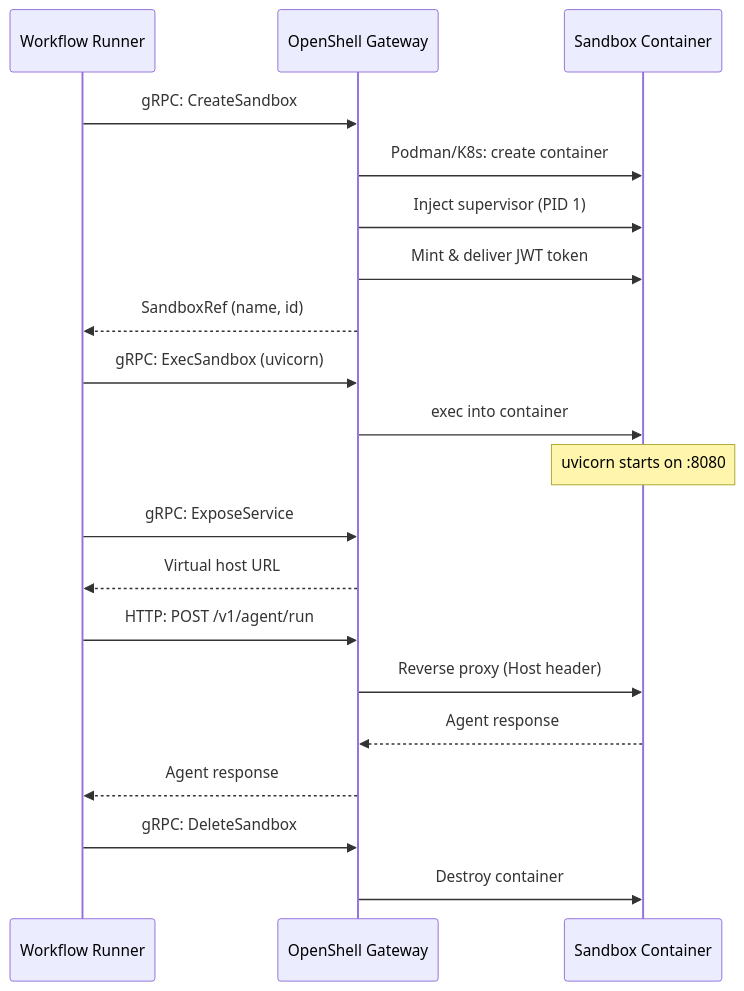
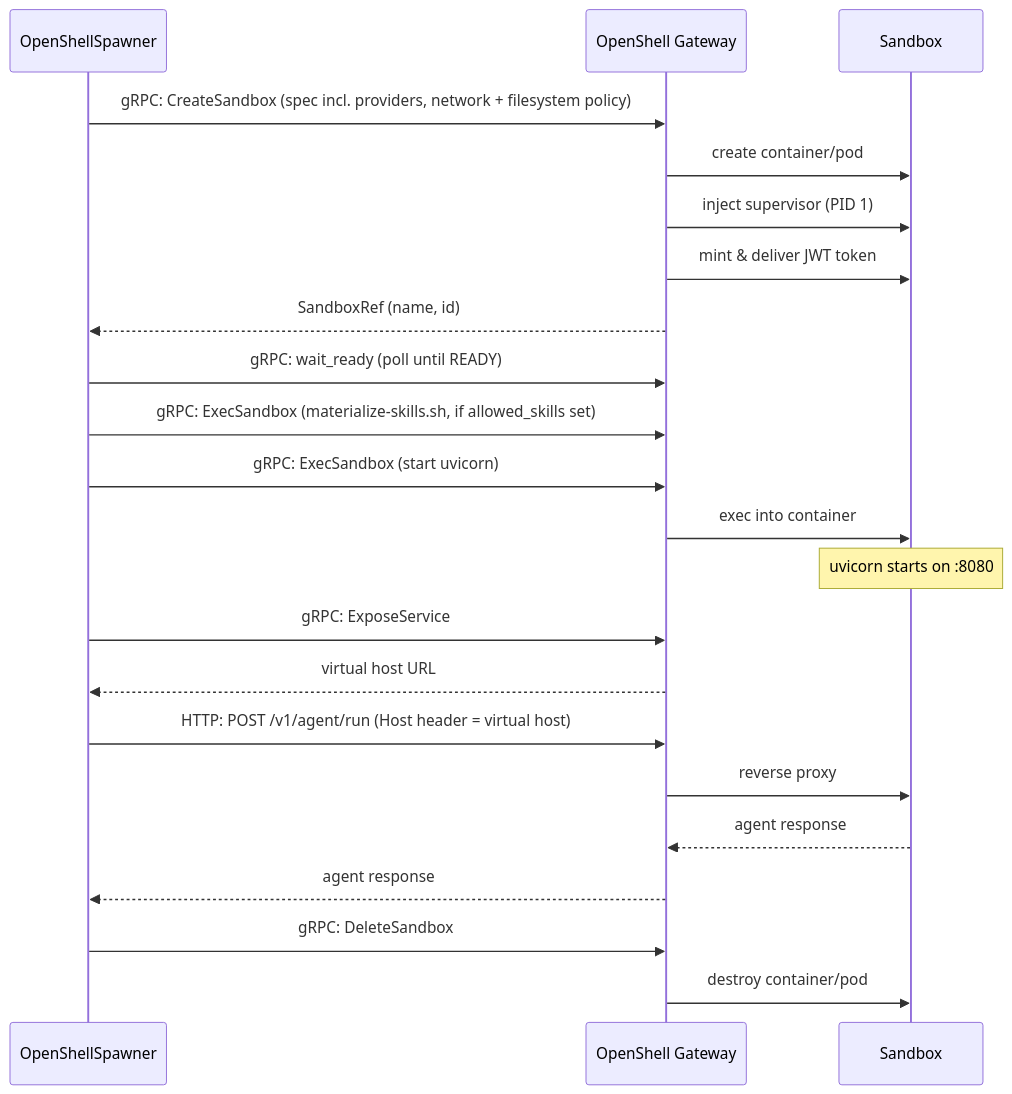
Before and after one commit to jameswnl/lightspeed-cloud-agents: the second of 3 diagrams in docs/architecture-with-openshell.md, drawn with Mermaid. The commit also changed other lines of this file and 1 other file, not shown here.

First line of the commit message:
docs: rewrite architecture-with-openshell.md around the client-gateway protocol (#259)

````diff
--- a/docs/architecture-with-openshell.md
+++ b/docs/architecture-with-openshell.md
@@ -224,27 +27,29 @@
 ```mermaid
 sequenceDiagram
-    participant WR as Workflow Runner
+    participant WR as OpenShellSpawner
     participant GW as OpenShell Gateway
-    participant SB as Sandbox Container
+    participant SB as Sandbox
 
-    WR->>GW: gRPC: CreateSandbox
-    GW->>SB: Podman/K8s: create container
-    GW->>SB: Inject supervisor (PID 1)
-    GW->>SB: Mint & deliver JWT token
+    WR->>GW: gRPC: CreateSandbox (spec incl. providers, network + filesystem policy)
+    GW->>SB: create container/pod
+    GW->>SB: inject supervisor (PID 1)
+    GW->>SB: mint & deliver JWT token
     GW-->>WR: SandboxRef (name, id)
+    WR->>GW: gRPC: wait_ready (poll until READY)
 
-    WR->>GW: gRPC: ExecSandbox (uvicorn)
+    WR->>GW: gRPC: ExecSandbox (materialize-skills.sh, if allowed_skills set)
+    WR->>GW: gRPC: ExecSandbox (start uvicorn)
     GW->>SB: exec into container
     Note over SB: uvicorn starts on :8080
 
     WR->>GW: gRPC: ExposeService
-    GW-->>WR: Virtual host URL
+    GW-->>WR: virtual host URL
 
-    WR->>GW: HTTP: POST /v1/agent/run
-    GW->>SB: Reverse proxy (Host header)
-    SB-->>GW: Agent response
-    GW-->>WR: Agent response
+    WR->>GW: HTTP: POST /v1/agent/run (Host header = virtual host)
+    GW->>SB: reverse proxy
+    SB-->>GW: agent response
+    GW-->>WR: agent response
 
     WR->>GW: gRPC: DeleteSandbox
-    GW->>SB: Destroy container
+    GW->>SB: destroy container/pod
 ```
````
